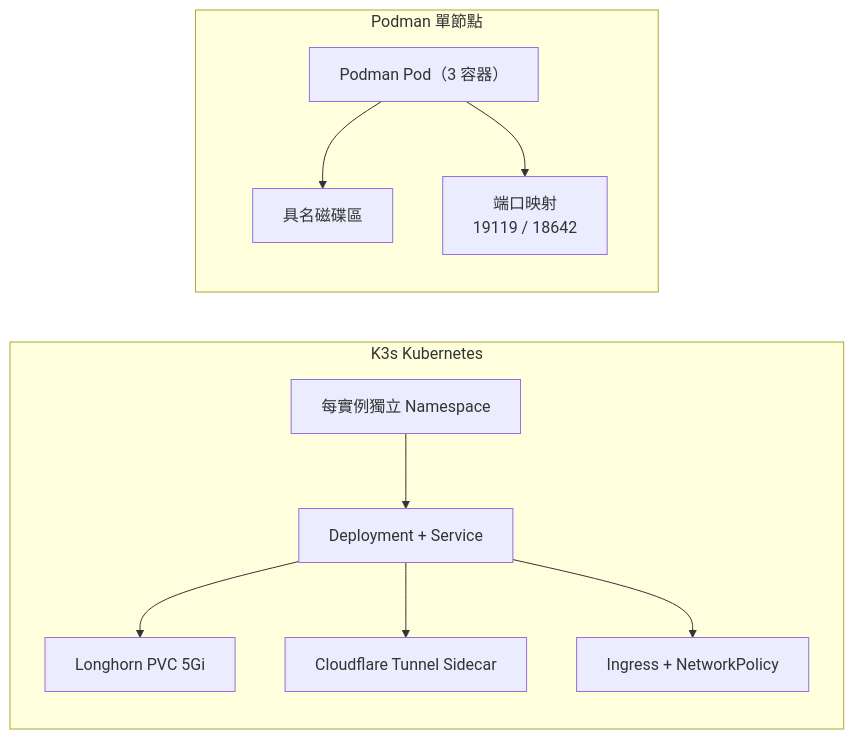
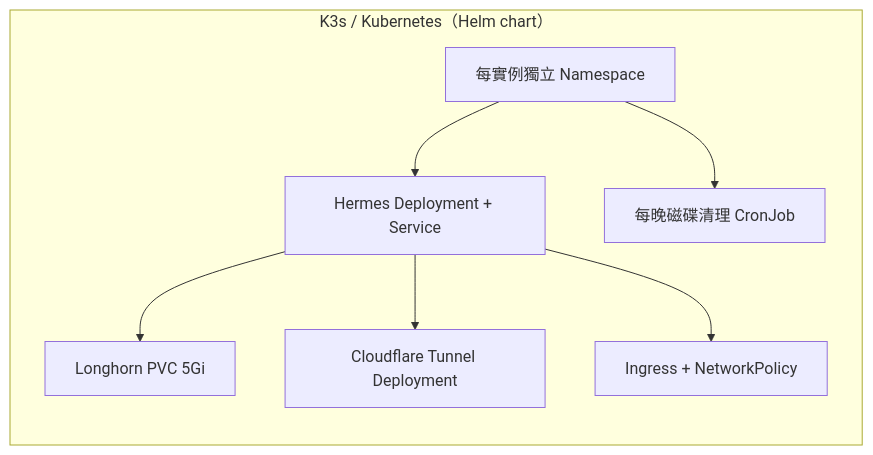
One commit to WOOWTECH/Woow_k3s_hermes changed the fifth of 5 diagrams in README_zh-TW.md. Above: the diagram before and after it, drawn with Mermaid. The commit also changed other lines of this file and 23 other files, not shown here.

````diff
--- a/README_zh-TW.md
+++ b/README_zh-TW.md
@@ -202,23 +197,16 @@
 ```mermaid
 graph LR
-    subgraph K3s["K3s Kubernetes"]
+    subgraph K3s["K3s / Kubernetes（Helm chart）"]
         direction TB
         K_NS["每實例獨立 Namespace"]
-        K_DEP["Deployment + Service"]
+        K_DEP["Hermes Deployment + Service"]
         K_PVC["Longhorn PVC 5Gi"]
-        K_CF["Cloudflare Tunnel Sidecar"]
+        K_CF["Cloudflare Tunnel Deployment"]
         K_ING["Ingress + NetworkPolicy"]
+        K_CRON["每晚磁碟清理 CronJob"]
         K_NS --> K_DEP --> K_PVC
         K_DEP --> K_CF
         K_DEP --> K_ING
-    end
-
-    subgraph Podman["Podman 單節點"]
-        direction TB
-        P_POD["Podman Pod（3 容器）"]
-        P_VOL["具名磁碟區"]
-        P_PORT["端口映射<br/>19119 / 18642"]
-        P_POD --> P_VOL
-        P_POD --> P_PORT
+        K_NS --> K_CRON
     end
 ```
````
